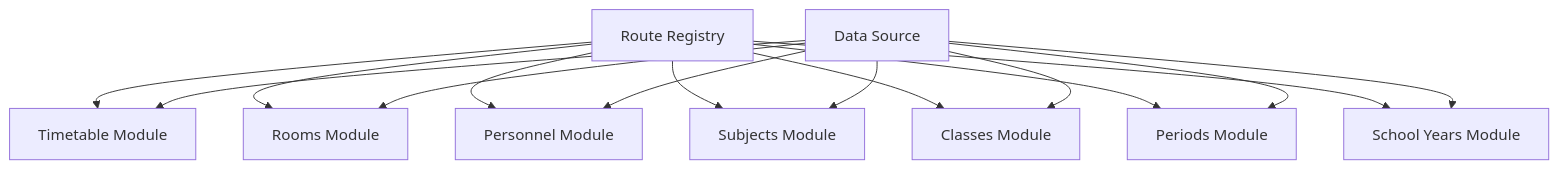
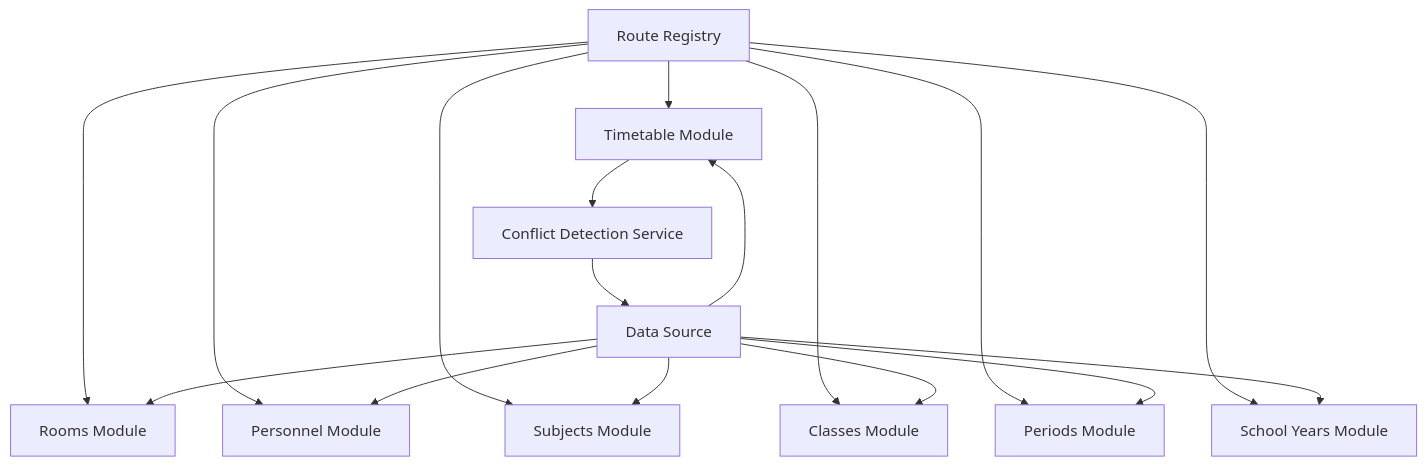
Before and after one commit to franckylab/eLISAschool: diagram 11 of 11 in .qoder/repowiki/en/content/Academic Management System/Class & Schedule Management/Timetable Creation & Scheduling.md, drawn with Mermaid. The commit also changed other lines of this file and 455 other files, not shown here.

````diff
--- a/.qoder/repowiki/en/content/Academic Management System/Class & Schedule Management/Timetable Creation & Scheduling.md
+++ b/.qoder/repowiki/en/content/Academic Management System/Class & Schedule Management/Timetable Creation & Scheduling.md
@@ -547,17 +655,19 @@
 ```mermaid
 graph TB
 RR["Route Registry"] --> ED["Timetable Module"]
 RR --> RM["Rooms Module"]
 RR --> PE["Personnel Module"]
 RR --> SU["Subjects Module"]
 RR --> CL["Classes Module"]
 RR --> PER["Periods Module"]
 RR --> SY["School Years Module"]
 DS["Data Source"] --> ED
 DS --> RM
 DS --> PE
 DS --> SU
 DS --> CL
 DS --> PER
 DS --> SY
+ED --> CS["Conflict Detection Service"]
+CS --> DS
 ```
````
